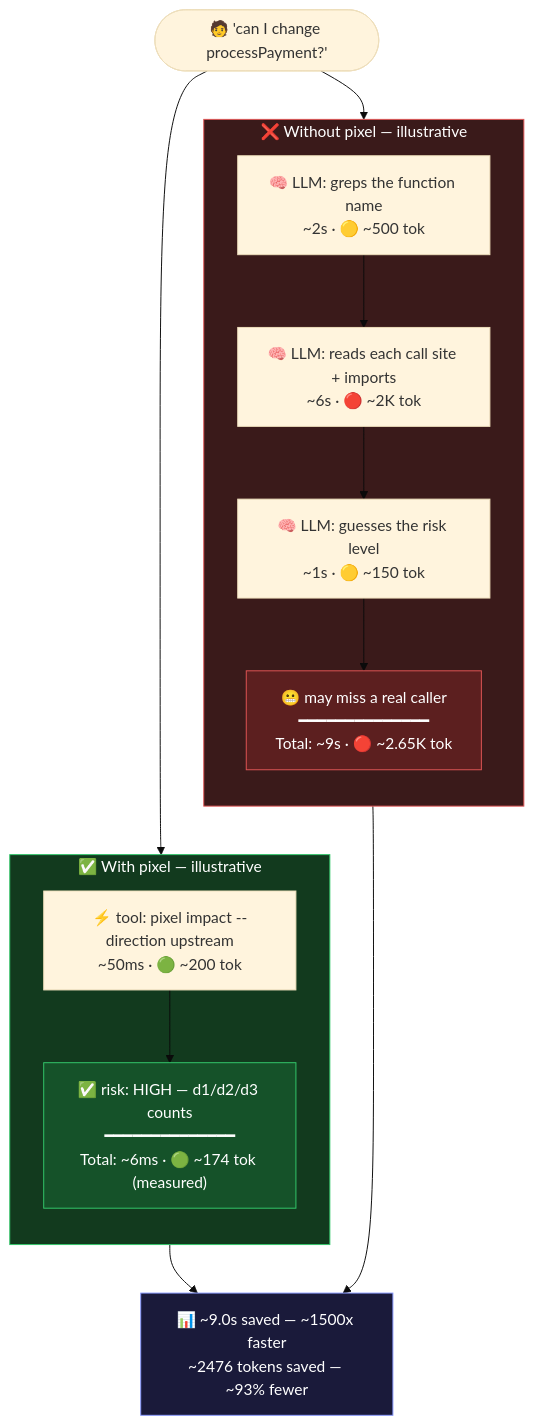
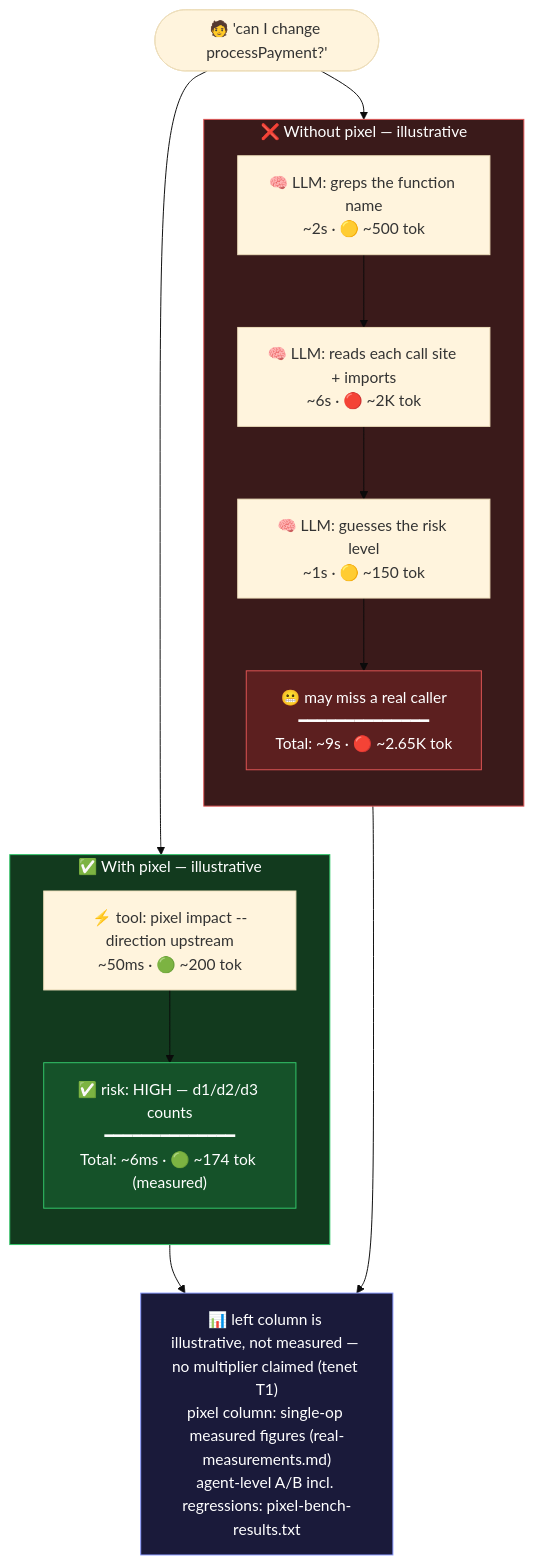
Before and after one commit to Pixel-CLI/pixel: the diagram in docs/examples/06-impact-blast-radius.mmd, drawn with Mermaid (base theme). The commit also changed 57 other files, not shown here.

```diff
--- a/docs/examples/06-impact-blast-radius.mmd
+++ b/docs/examples/06-impact-blast-radius.mmd
@@ -1,30 +1,30 @@
 flowchart TD
     Ask(["🧑 'can I change processPayment?'"])
     Ask --> w1
     Ask --> p1
     w1 ~~~ p1
 
     subgraph W ["❌ Without pixel — illustrative"]
         direction TB
         w1["🧠 LLM: greps the function name<br/>~2s · 🟡 ~500 tok"] --> w2
         w2["🧠 LLM: reads each call site + imports<br/>~6s · 🔴 ~2K tok"] --> w3
         w3["🧠 LLM: guesses the risk level<br/>~1s · 🟡 ~150 tok"]
         w3 --> w5["😬 may miss a real caller<br/>━━━━━━━━━━━━━━<br/>Total: ~9s · 🔴 ~2.65K tok"]
     end
 
     subgraph P ["✅ With pixel — illustrative"]
         direction TB
         p1["⚡ tool: pixel impact --direction upstream<br/>~50ms · 🟢 ~200 tok"]
         p1 --> p3["✅ risk: HIGH — d1/d2/d3 counts<br/>━━━━━━━━━━━━━━<br/>Total: ~6ms · 🟢 ~174 tok (measured)"]
     end
 
     w5 --> Recap
     p3 --> Recap
-    Recap["📊 ~9.0s saved — ~1500x faster<br/>~2476 tokens saved — ~93% fewer"]
+    Recap["📊 left column is illustrative, not measured — no multiplier claimed (tenet T1)<br/>pixel column: single-op measured figures (real-measurements.md)<br/>agent-level A/B incl. regressions: pixel-bench-results.txt"]
 
     style W fill:#3a1a1a,stroke:#e05555,color:#fff
     style P fill:#123a1e,stroke:#33c76a,color:#fff
     style w5 fill:#5c1f1f,stroke:#e05555,color:#fff
     style p3 fill:#155229,stroke:#33c76a,color:#fff
     style Recap fill:#1a1a3a,stroke:#8899ff,color:#fff
     linkStyle 2 stroke-width:0px
```
